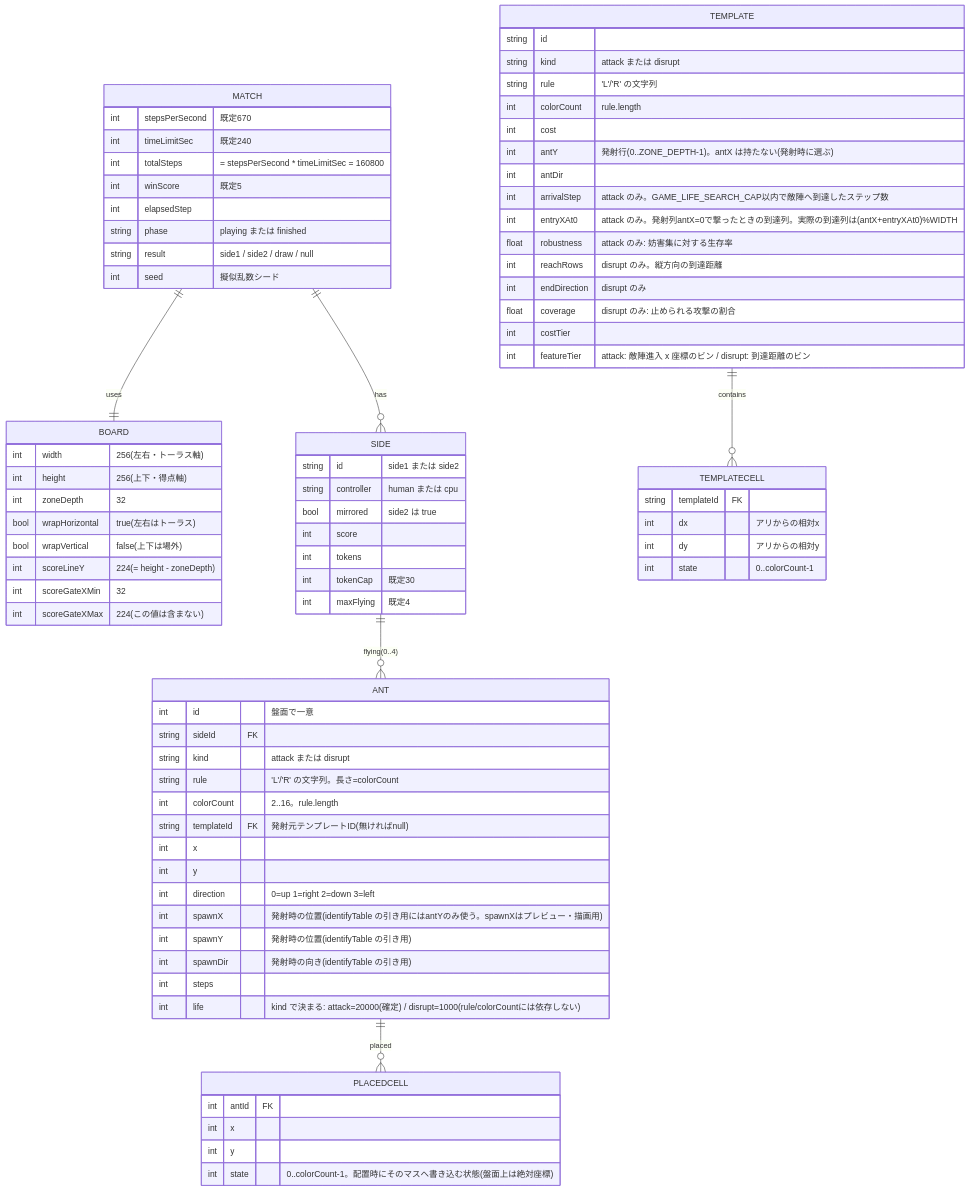
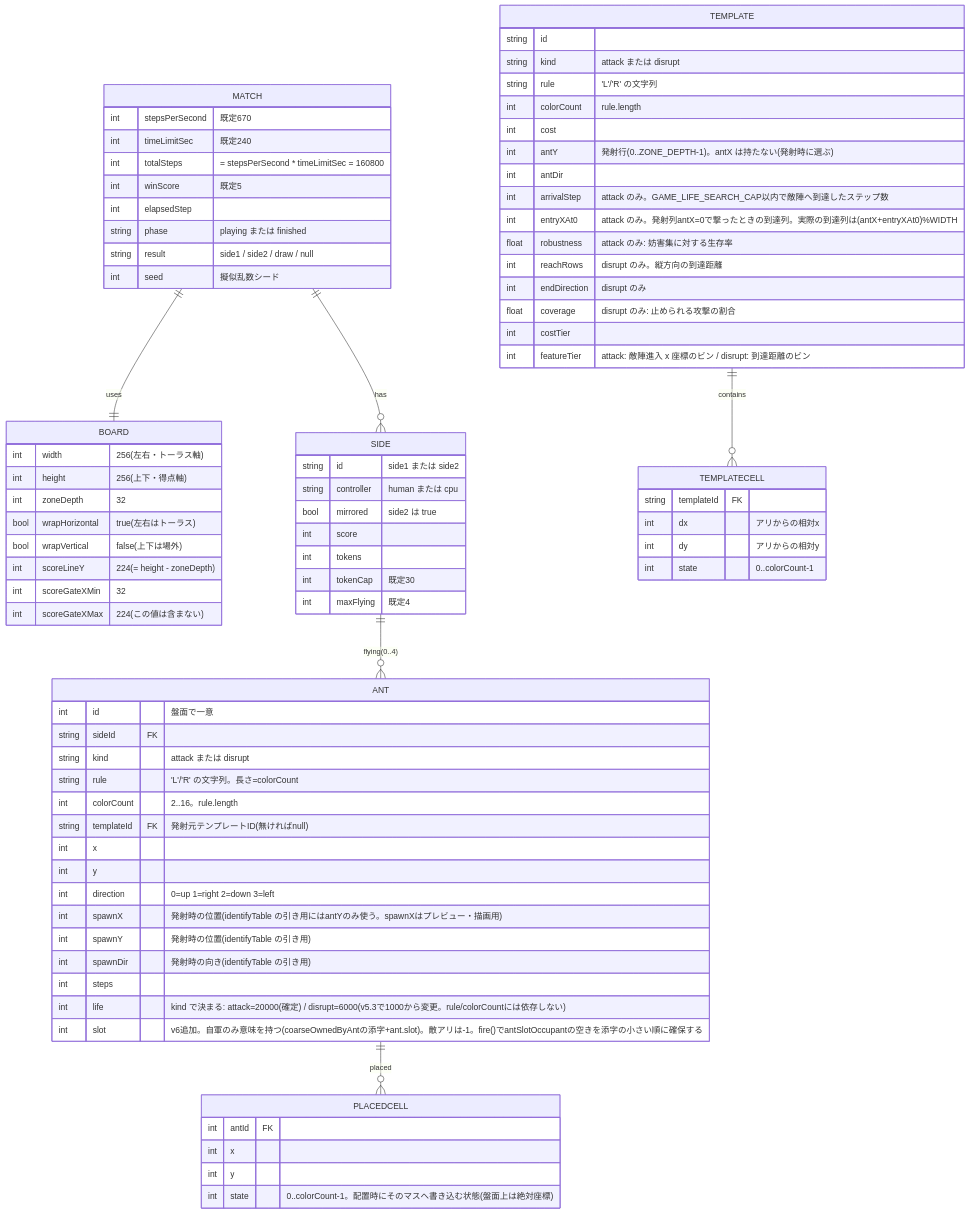
One commit to ry32767/Langton-Ant-Siege changed the diagram in docs/data-model.md. Above: the diagram before and after it, drawn with Mermaid. The commit also changed other lines of this file and 32 other files, not shown here.

```diff
--- a/docs/data-model.md
+++ b/docs/data-model.md
@@ -74,7 +81,8 @@
         int spawnY "発射時の位置(identifyTable の引き用)"
         int spawnDir "発射時の向き(identifyTable の引き用)"
         int steps
-        int life "kind で決まる: attack=20000(確定) / disrupt=1000(rule/colorCountには依存しない)"
+        int life "kind で決まる: attack=20000(確定) / disrupt=6000(v5.3で1000から変更。rule/colorCountには依存しない)"
+        int slot "v6追加。自軍のみ意味を持つ(coarseOwnedByAntの添字+ant.slot)。敵アリは-1。fire()でantSlotOccupantの空きを添字の小さい順に確保する"
     }
     PLACEDCELL {
         int antId FK
```
